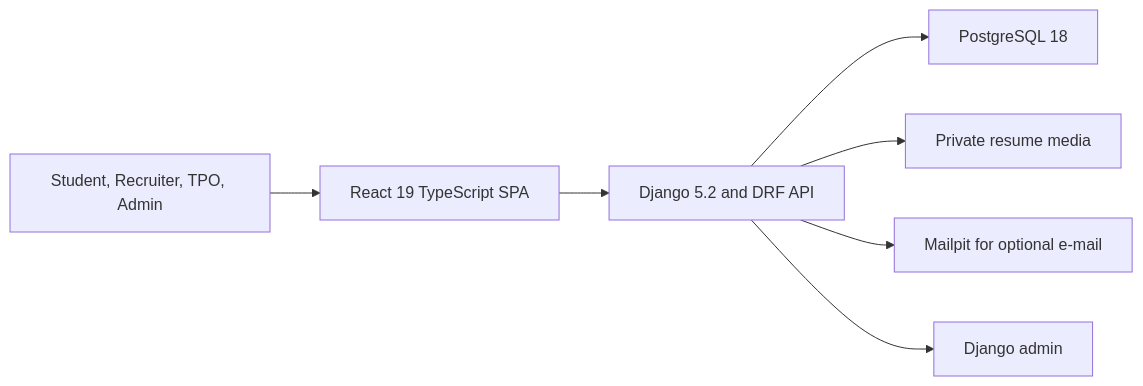
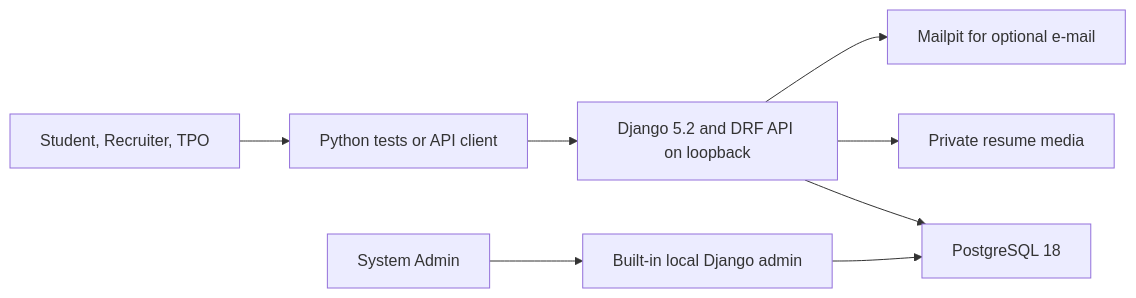
Before and after one commit to sukurcf/spec-campushire-placement-portal: the diagram in README.md, drawn with Mermaid. The commit also changed other lines of this file and 14 other files, not shown here.

````diff
--- a/README.md
+++ b/README.md
@@ -32,9 +34,10 @@
 ```mermaid
 flowchart LR
-    U["Student, Recruiter, TPO, Admin"] --> SPA["React 19 TypeScript SPA"]
-    SPA --> API["Django 5.2 and DRF API"]
+    U["Student, Recruiter, TPO"] --> Client["Python tests or API client"]
+    Client --> API["Django 5.2 and DRF API on loopback"]
     API --> DB["PostgreSQL 18"]
     API --> MEDIA["Private resume media"]
     API --> MAIL["Mailpit for optional e-mail"]
-    API --> ADMIN["Django admin"]
+    Admin["System Admin"] --> ADMIN["Built-in local Django admin"]
+    ADMIN --> DB
 ```
````
